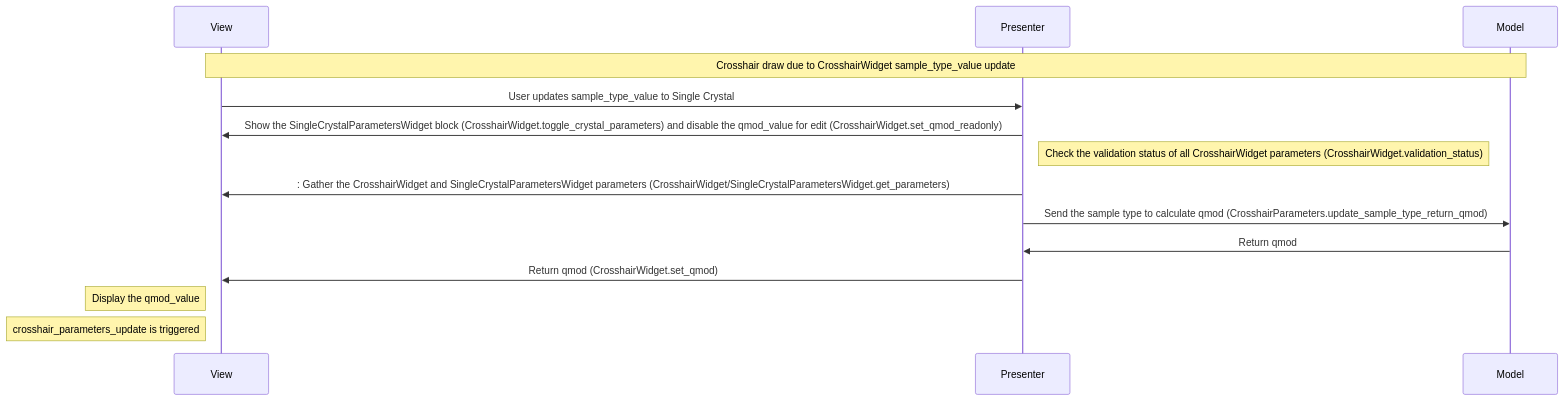
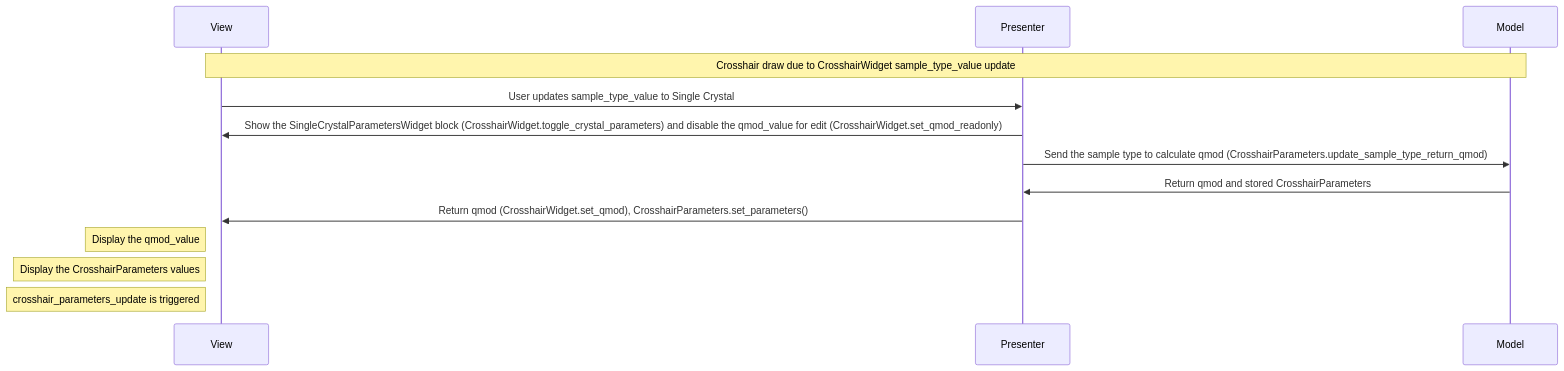
Diagram 11 of 13 in docs/source/design/hyspecpptclasses.rst (neutrons/hyspecppt), drawn with Mermaid before and after one commit. The commit also changed other lines of this file, not shown here.

```diff
--- a/docs/source/design/hyspecpptclasses.rst
+++ b/docs/source/design/hyspecpptclasses.rst
@@ -556,17 +551,16 @@
             .. mermaid::
 
                 sequenceDiagram
                     participant View
                     participant Presenter
                     participant Model
 
                     Note over View,Model: Crosshair draw due to CrosshairWidget sample_type_value update
                     View->>Presenter: User updates sample_type_value to Single Crystal
                     Presenter->>View: Show the SingleCrystalParametersWidget block (CrosshairWidget.toggle_crystal_parameters) and disable the qmod_value for edit (CrosshairWidget.set_qmod_readonly)
-                    Note right of Presenter: Check the validation status of all CrosshairWidget parameters (CrosshairWidget.validation_status)
-                    Presenter->>View:: Gather the CrosshairWidget and SingleCrystalParametersWidget parameters (CrosshairWidget/SingleCrystalParametersWidget.get_parameters)
                     Presenter->>Model: Send the sample type to calculate qmod (CrosshairParameters.update_sample_type_return_qmod)
-                    Model->>Presenter: Return qmod
-                    Presenter->>View: Return qmod (CrosshairWidget.set_qmod)
+                    Model->>Presenter: Return qmod and stored CrosshairParameters
+                    Presenter->>View: Return qmod (CrosshairWidget.set_qmod), CrosshairParameters.set_parameters()
                     Note left of View: Display the qmod_value
+                    Note left of View: Display the CrosshairParameters values
                     Note left of View: crosshair_parameters_update is triggered
```
